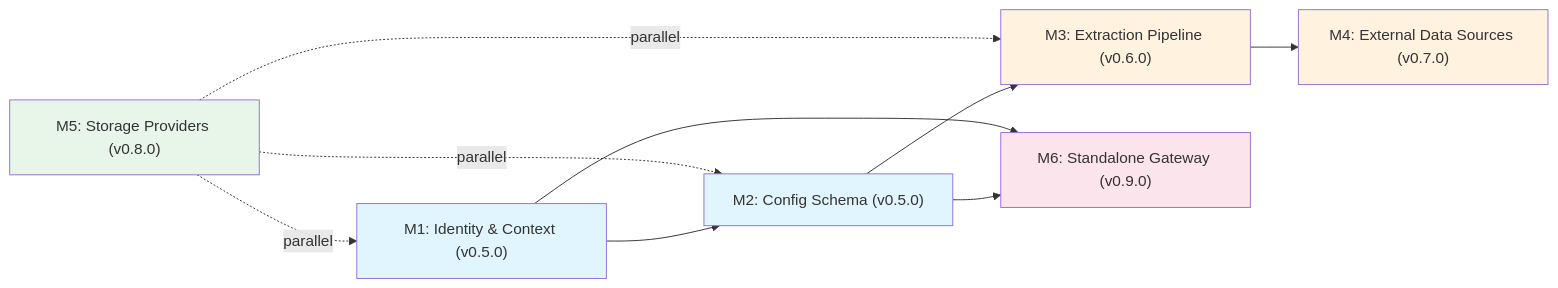
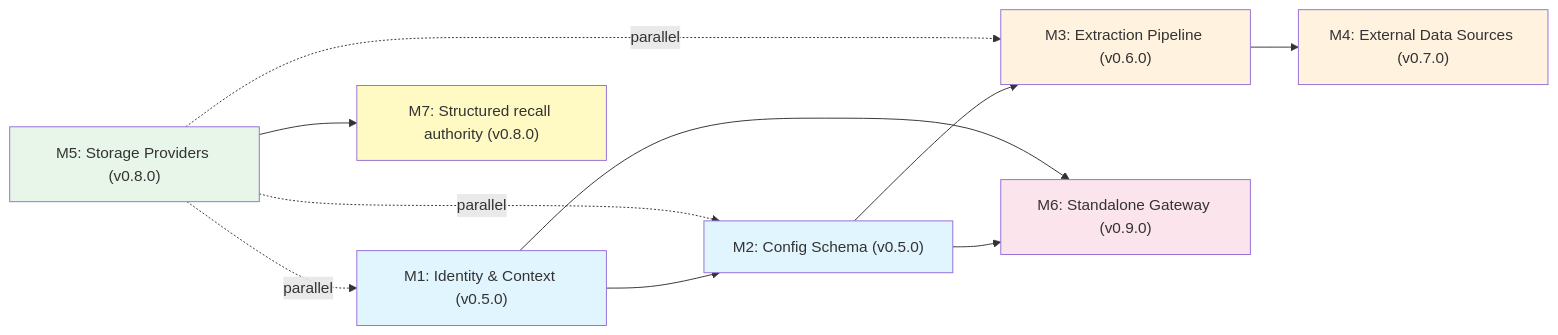
One commit to AstrocyteAI/astrocyte changed the diagram in docs/_design/product-roadmap-v1.md. Above: the diagram before and after it, drawn with Mermaid. The commit also changed other lines of this file and 12 other files, not shown here.

Commit message:
recall authority and hybrid recall

````diff
--- a/docs/_design/product-roadmap-v1.md
+++ b/docs/_design/product-roadmap-v1.md
@@ -312,18 +341,20 @@
 ```mermaid
 graph LR
     M1["M1: Identity & Context (v0.5.0)"] --> M2["M2: Config Schema (v0.5.0)"]
     M2 --> M3["M3: Extraction Pipeline (v0.6.0)"]
     M2 --> M6["M6: Standalone Gateway (v0.9.0)"]
     M3 --> M4["M4: External Data Sources (v0.7.0)"]
     M1 --> M6
     M5["M5: Storage Providers (v0.8.0)"] -.->|parallel| M1
     M5 -.->|parallel| M2
     M5 -.->|parallel| M3
+    M5 --> M7["M7: Structured recall authority (v0.8.0)"]
 
     style M1 fill:#e1f5fe
     style M2 fill:#e1f5fe
     style M3 fill:#fff3e0
     style M4 fill:#fff3e0
     style M5 fill:#e8f5e9
     style M6 fill:#fce4ec
+    style M7 fill:#fff9c4
 ```
````
